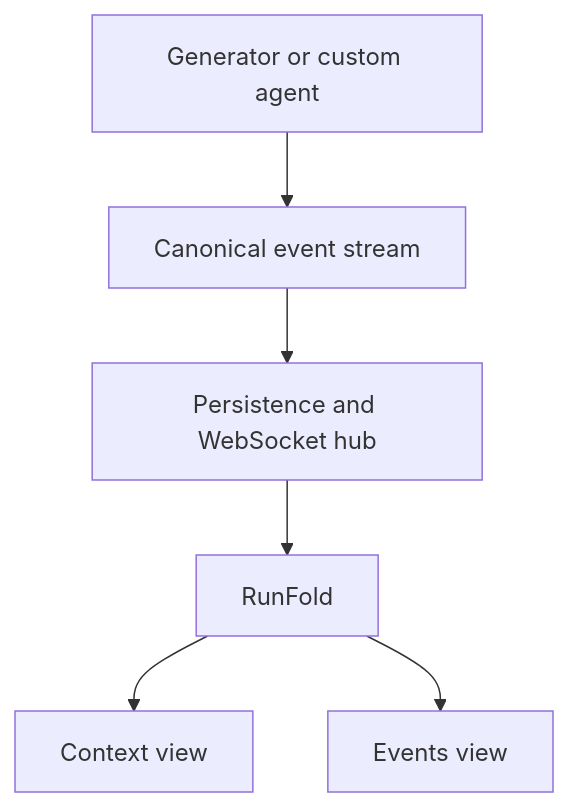
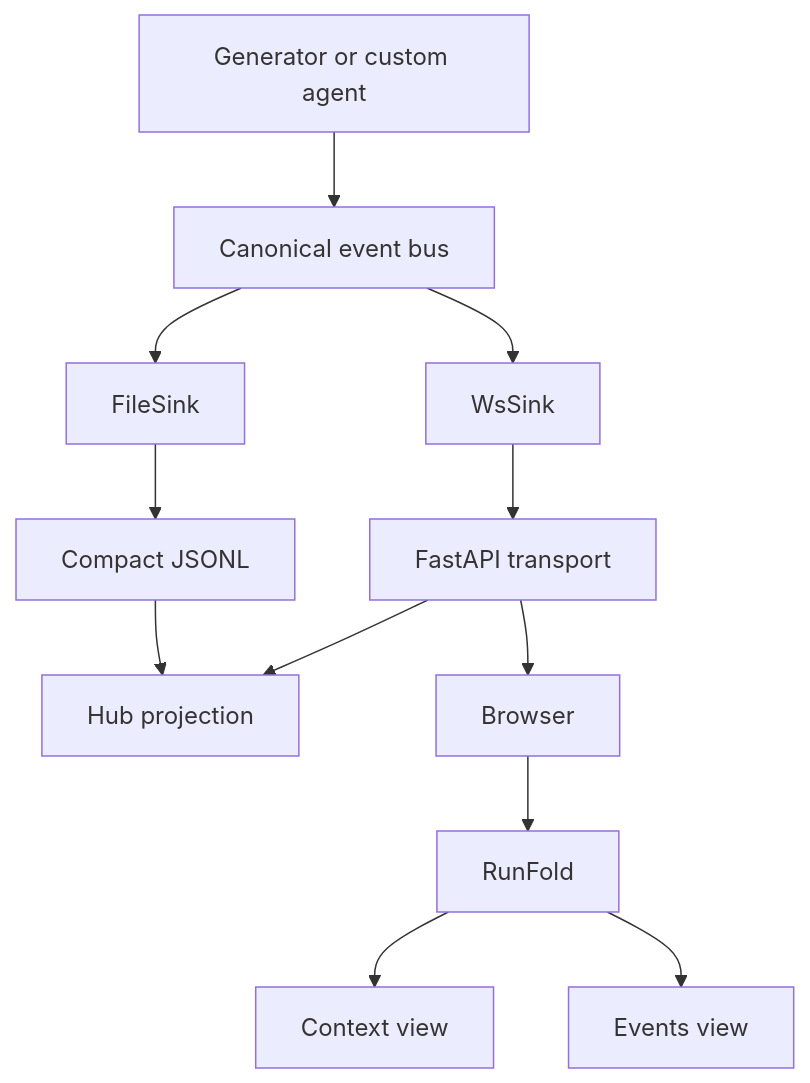
Before and after one commit to Delva0/gh-puller: the diagram in docs/agent-monitor.md, drawn with Mermaid. The commit also changed other lines of this file and 8 other files, not shown here.

````diff
--- a/docs/agent-monitor.md
+++ b/docs/agent-monitor.md
@@ -83,8 +83,14 @@
 ```mermaid
 flowchart TD
-    Producer[Generator or custom agent] --> Stream[Canonical event stream]
-    Stream --> Hub[Persistence and WebSocket hub]
-    Hub --> Fold[RunFold]
+    Producer[Generator or custom agent] --> Bus[Canonical event bus]
+    Bus --> FileSink[FileSink]
+    FileSink --> History[Compact JSONL]
+    History --> Hub[Hub projection]
+    Bus --> WsSink[WsSink]
+    WsSink --> App[FastAPI transport]
+    App --> Hub
+    App --> Browser[Browser]
+    Browser --> Fold[RunFold]
     Fold --> Context[Context view]
     Fold --> Events[Events view]
 ```
````
